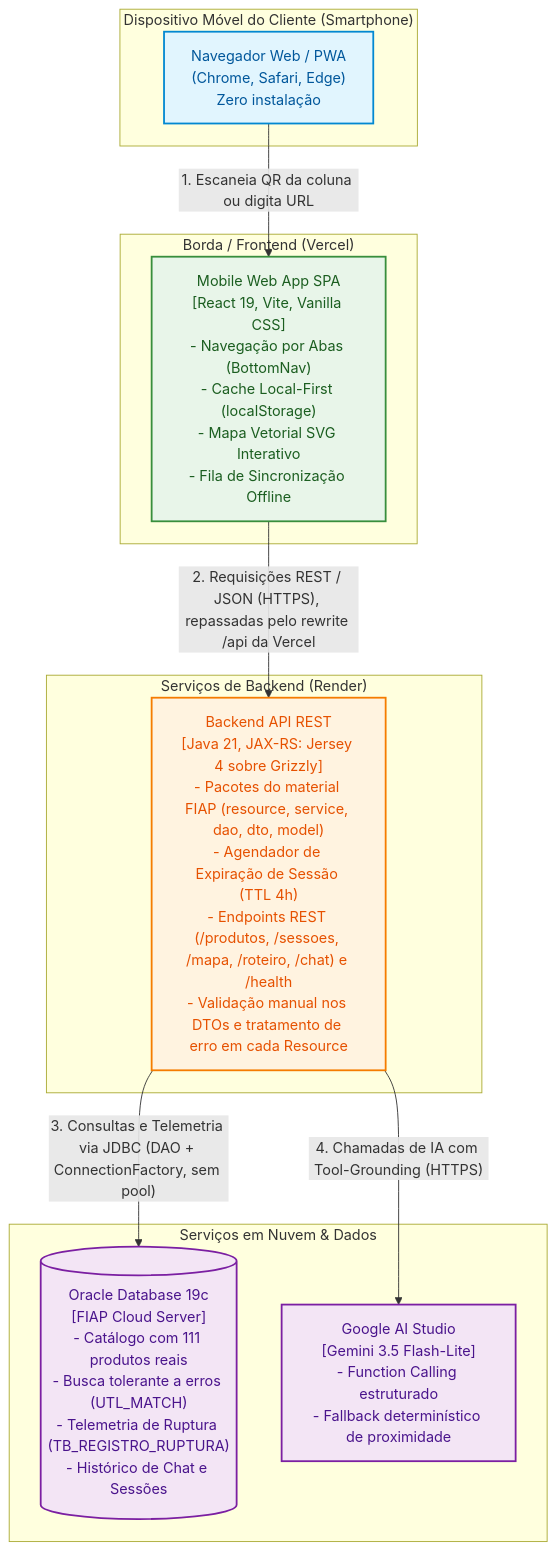
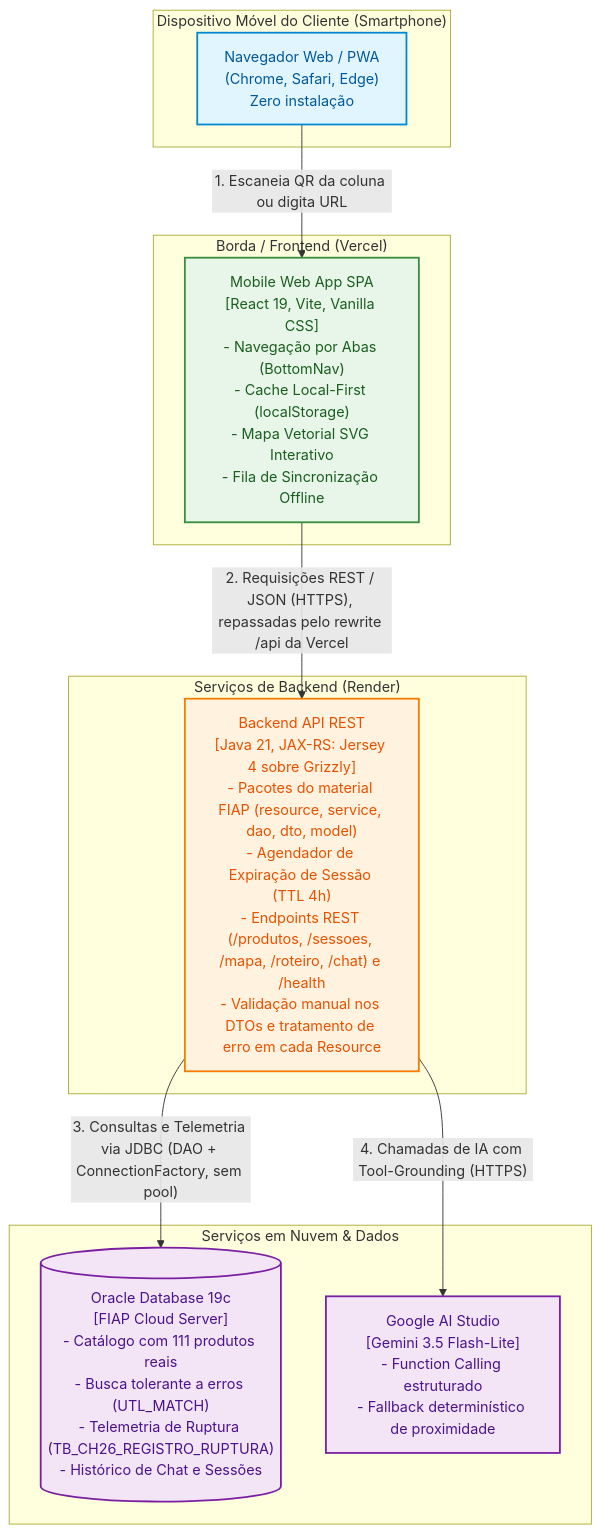
The second of 2 diagrams in docs/arquitetura/c4-model-atual.md (JoaoRicardoSOC/merlin-route-finder), drawn with Mermaid before and after one commit. The commit also changed 8 other files, not shown here.

````diff
--- a/docs/arquitetura/c4-model-atual.md
+++ b/docs/arquitetura/c4-model-atual.md
@@ -44,34 +44,34 @@
 ```mermaid
 graph TB
     subgraph Cliente["Dispositivo Móvel do Cliente (Smartphone)"]
         Browser["Navegador Web / PWA\n(Chrome, Safari, Edge)\nZero instalação"]
     end
 
     subgraph Nuvem_Vercel["Borda / Frontend (Vercel)"]
         WebApp["Mobile Web App SPA\n[React 19, Vite, Vanilla CSS]\n- Navegação por Abas (BottomNav)\n- Cache Local-First (localStorage)\n- Mapa Vetorial SVG Interativo\n- Fila de Sincronização Offline"]
     end
 
     subgraph Nuvem_Render["Serviços de Backend (Render)"]
         API["Backend API REST\n[Java 21, JAX-RS: Jersey 4 sobre Grizzly]\n- Pacotes do material FIAP (resource, service, dao, dto, model)\n- Agendador de Expiração de Sessão (TTL 4h)\n- Endpoints REST (/produtos, /sessoes, /mapa, /roteiro, /chat) e /health\n- Validação manual nos DTOs e tratamento de erro em cada Resource"]
     end
 
     subgraph Provedores_Externos["Serviços em Nuvem & Dados"]
-        OracleDB[("Oracle Database 19c\n[FIAP Cloud Server]\n- Catálogo com 111 produtos reais\n- Busca tolerante a erros (UTL_MATCH)\n- Telemetria de Ruptura (TB_REGISTRO_RUPTURA)\n- Histórico de Chat e Sessões")]
+        OracleDB[("Oracle Database 19c\n[FIAP Cloud Server]\n- Catálogo com 111 produtos reais\n- Busca tolerante a erros (UTL_MATCH)\n- Telemetria de Ruptura (TB_CH26_REGISTRO_RUPTURA)\n- Histórico de Chat e Sessões")]
         GeminiAPI["Google AI Studio\n[Gemini 3.5 Flash-Lite]\n- Function Calling estruturado\n- Fallback determinístico de proximidade"]
     end
 
     Browser -->|"1. Escaneia QR da coluna ou digita URL"| WebApp
     WebApp -->|"2. Requisições REST / JSON (HTTPS), repassadas pelo rewrite /api da Vercel"| API
     API -->|"3. Consultas e Telemetria via JDBC (DAO + ConnectionFactory, sem pool)"| OracleDB
     API -->|"4. Chamadas de IA com Tool-Grounding (HTTPS)"| GeminiAPI
 
     classDef client fill:#E1F5FE,stroke:#0288D1,stroke-width:2px,color:#01579B;
     classDef vercel fill:#E8F5E9,stroke:#388E3C,stroke-width:2px,color:#1B5E20;
     classDef render fill:#FFF3E0,stroke:#F57C00,stroke-width:2px,color:#E65100;
     classDef extern fill:#F3E5F5,stroke:#7B1FA2,stroke-width:2px,color:#4A148C;
 
     class Browser client;
     class WebApp vercel;
     class API render;
     class OracleDB,GeminiAPI extern;
 ```
````
